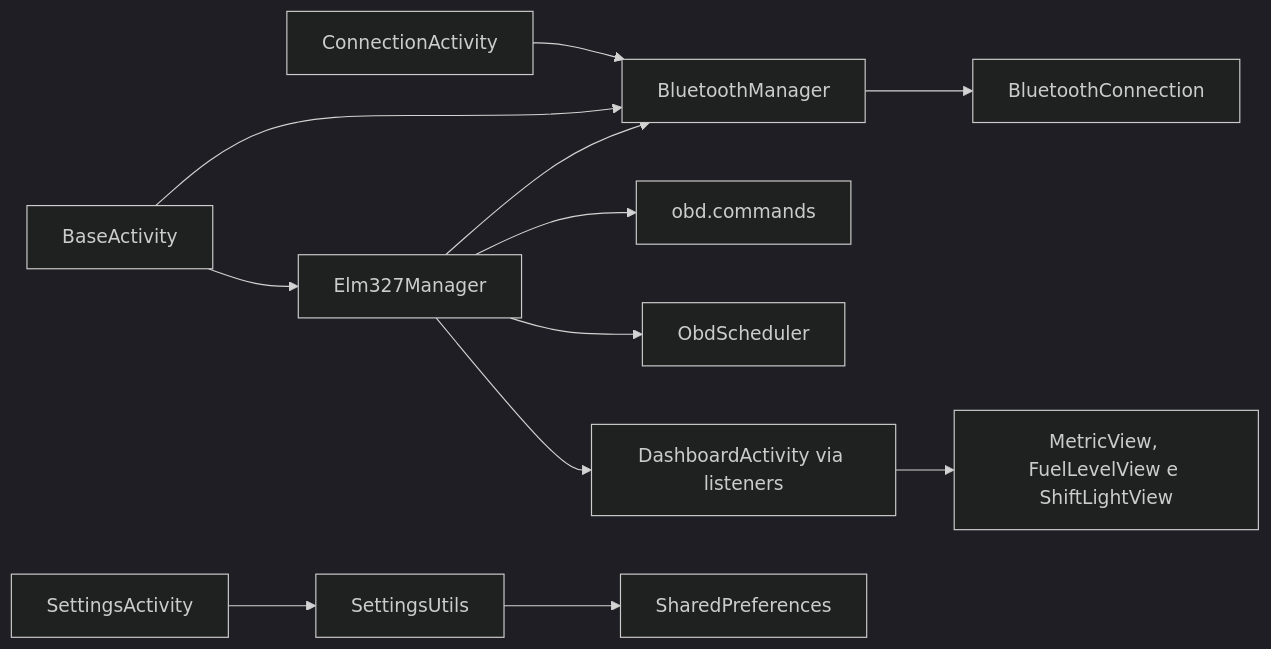
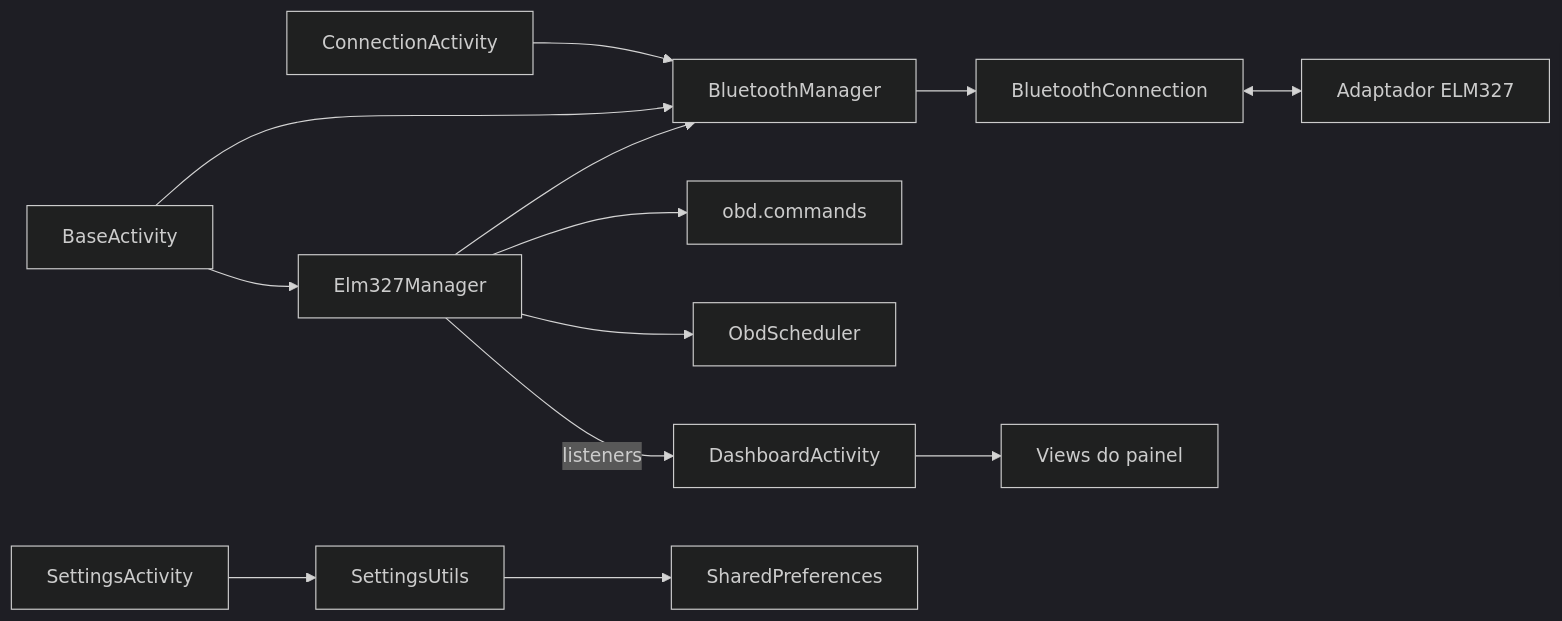
Before and after one commit to EduardoLorscheiter/obd-monitor: the diagram in OBDMonitor/docs/architecture.md, drawn with Mermaid (dark theme). The commit also changed other lines of this file and 8 other files, not shown here.

````diff
--- a/OBDMonitor/docs/architecture.md
+++ b/OBDMonitor/docs/architecture.md
@@ -11,14 +27,15 @@
 ```mermaid
 flowchart LR
     CA[ConnectionActivity] --> BM[BluetoothManager]
+    BA[BaseActivity] --> BM
+    BA --> EM[Elm327Manager]
+    EM --> BM
     BM --> BC[BluetoothConnection]
-    EM[Elm327Manager] --> BM
+    BC <--> AD[Adaptador ELM327]
     EM --> OC[obd.commands]
     EM --> OS[ObdScheduler]
-    EM --> DA[DashboardActivity via listeners]
-    DA --> V[MetricView, FuelLevelView e ShiftLightView]
+    EM -->|listeners| DA[DashboardActivity]
+    DA --> V[Views do painel]
     SA[SettingsActivity] --> SU[SettingsUtils]
     SU --> SP[SharedPreferences]
-    BA[BaseActivity] --> BM
-    BA --> EM
 ```
````
